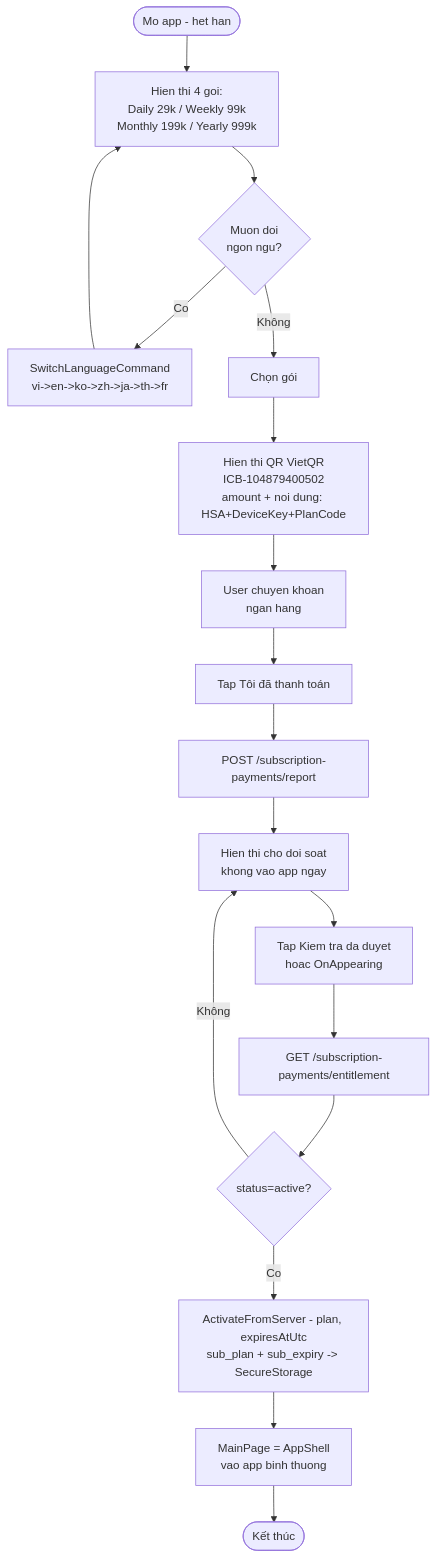
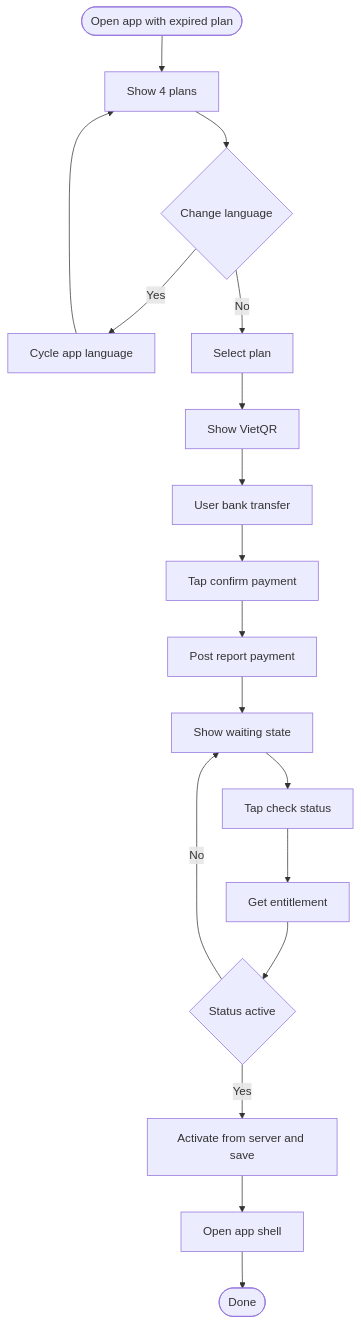
Diagram 35 of 44 in docs/PRODUCT_REQUIREMENTS.md (KhanhChung2k5/k_tour), drawn with Mermaid before and after one commit. The commit also changed other lines of this file, not shown here.

Commit message:
Fix display diagram on github

````diff
--- a/docs/PRODUCT_REQUIREMENTS.md
+++ b/docs/PRODUCT_REQUIREMENTS.md
@@ -1697,20 +1699,20 @@
 ```mermaid
 flowchart TD
-    Start([Mo app - het han]) --> ShowPlans[Hien thi 4 goi:<br/>Daily 29k / Weekly 99k<br/>Monthly 199k / Yearly 999k]
-    ShowPlans --> SwitchLang{Muon doi<br/>ngon ngu?}
-    SwitchLang -->|Co| CycleLang[SwitchLanguageCommand<br/>vi->en->ko->zh->ja->th->fr]
+    Start([Open app with expired plan]) --> ShowPlans[Show 4 plans]
+    ShowPlans --> SwitchLang{Change language}
+    SwitchLang -->|Yes| CycleLang[Cycle app language]
     CycleLang --> ShowPlans
-    SwitchLang -->|Không| SelectPlan[Chọn gói]
-    SelectPlan --> ShowQR[Hien thi QR VietQR<br/>ICB-104879400502<br/>amount + noi dung: HSA+DeviceKey+PlanCode]
-    ShowQR --> UserTransfer[User chuyen khoan<br/>ngan hang]
-    UserTransfer --> TapConfirm[Tap Tôi đã thanh toán]
-    TapConfirm --> Report[POST /subscription-payments/report]
-    Report --> WaitApprove[Hien thi cho doi soat<br/>khong vao app ngay]
-    WaitApprove --> CheckBtn[Tap Kiem tra da duyet<br/>hoac OnAppearing]
-    CheckBtn --> Poll[GET /subscription-payments/entitlement]
-    Poll --> Entitled{status=active?}
-    Entitled -->|Không| WaitApprove
-    Entitled -->|Co| Activate["ActivateFromServer - plan, expiresAtUtc<br/>sub_plan + sub_expiry -> SecureStorage"]
-    Activate --> LoadApp[MainPage = AppShell<br/>vao app binh thuong]
-    LoadApp --> End([Kết thúc])
+    SwitchLang -->|No| SelectPlan[Select plan]
+    SelectPlan --> ShowQR[Show VietQR]
+    ShowQR --> UserTransfer[User bank transfer]
+    UserTransfer --> TapConfirm[Tap confirm payment]
+    TapConfirm --> Report[Post report payment]
+    Report --> WaitApprove[Show waiting state]
+    WaitApprove --> CheckBtn[Tap check status]
+    CheckBtn --> Poll[Get entitlement]
+    Poll --> Entitled{Status active}
+    Entitled -->|No| WaitApprove
+    Entitled -->|Yes| Activate[Activate from server and save]
+    Activate --> LoadApp[Open app shell]
+    LoadApp --> End([Done])
 ```
````
